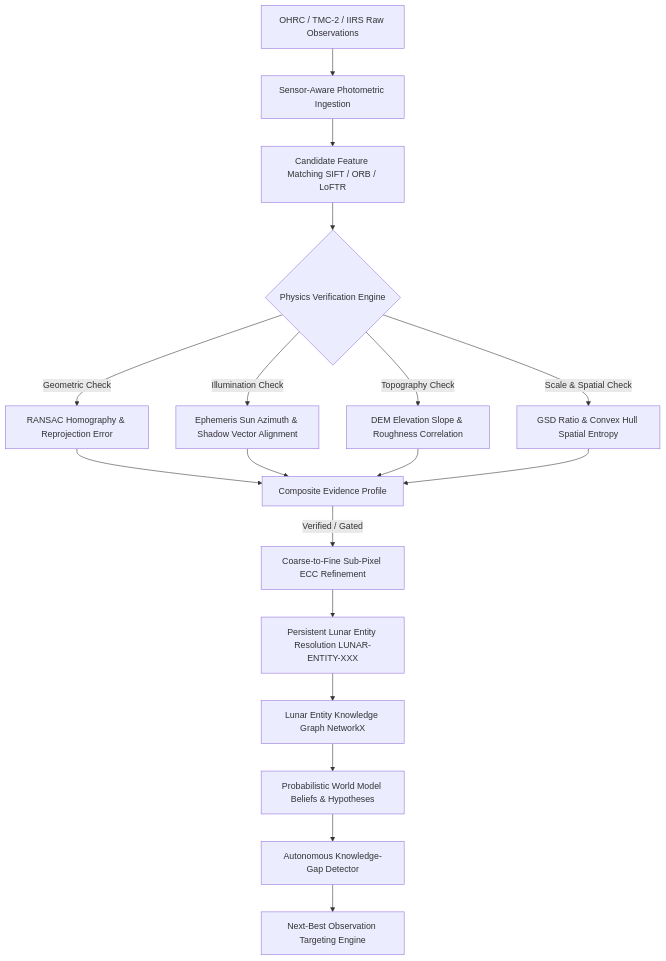
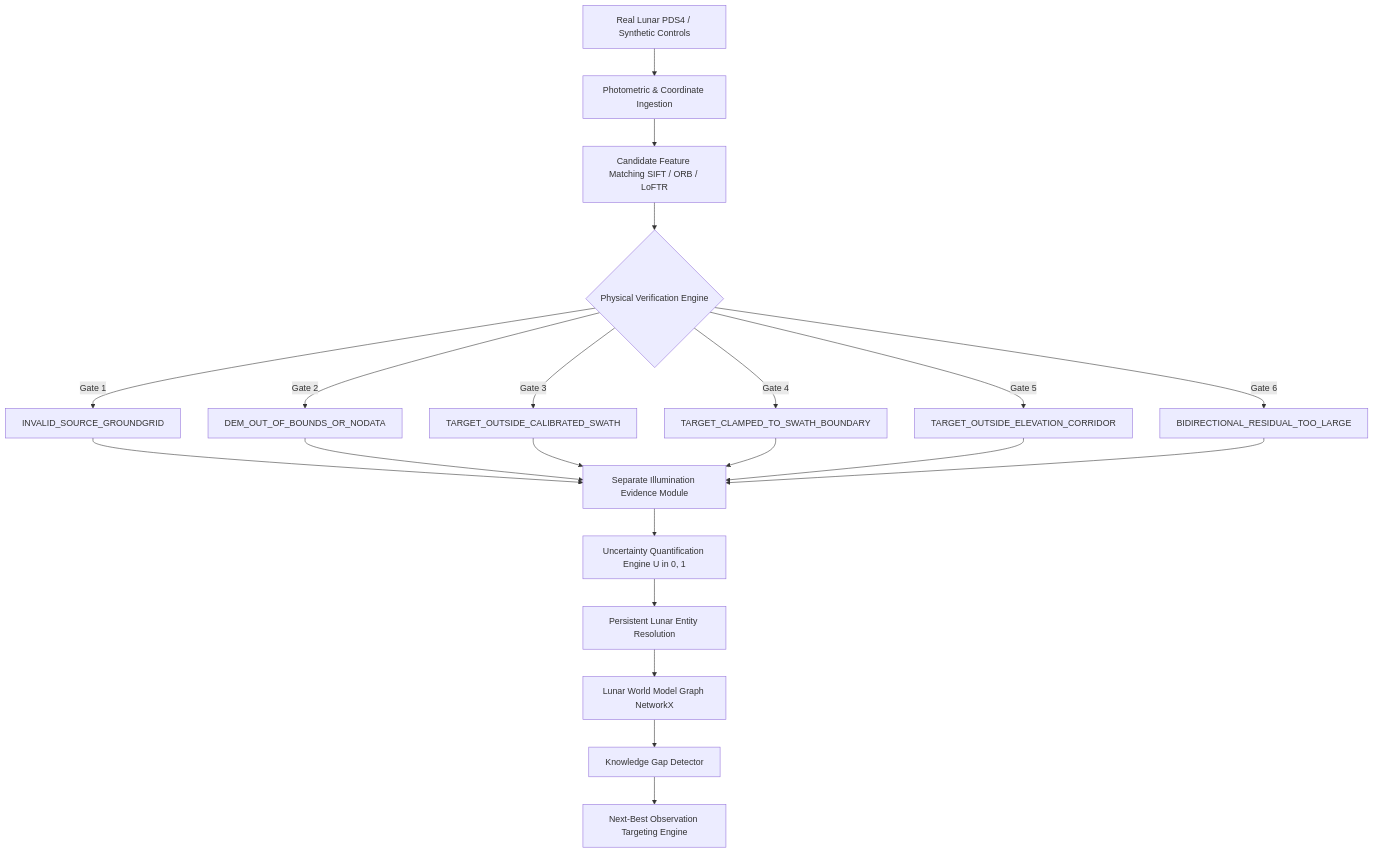
One commit to DEVIPRASATH-student/SIH26166 changed the diagram in README.md. Above: the diagram before and after it, drawn with Mermaid. The commit also changed other lines of this file and 437 other files, not shown here.

Commit message:
feat(lunarsynapse): Phase 8 complete multi-modal lunar world model and verification engine

````diff
--- a/README.md
+++ b/README.md
@@ -34,17 +148,18 @@
 ```mermaid
 graph TD
-    A[OHRC / TMC-2 / IIRS Raw Observations] --> B[Sensor-Aware Photometric Ingestion]
+    A[Real Lunar PDS4 / Synthetic Controls] --> B[Photometric & Coordinate Ingestion]
     B --> C[Candidate Feature Matching SIFT / ORB / LoFTR]
-    C --> D{Physics Verification Engine}
-    D -->|Geometric Check| E1[RANSAC Homography & Reprojection Error]
-    D -->|Illumination Check| E2[Ephemeris Sun Azimuth & Shadow Vector Alignment]
-    D -->|Topography Check| E3[DEM Elevation Slope & Roughness Correlation]
-    D -->|Scale & Spatial Check| E4[GSD Ratio & Convex Hull Spatial Entropy]
-    E1 & E2 & E3 & E4 --> F[Composite Evidence Profile]
-    F -->|Verified / Gated| G[Coarse-to-Fine Sub-Pixel ECC Refinement]
-    G --> H[Persistent Lunar Entity Resolution LUNAR-ENTITY-XXX]
-    H --> I[Lunar Entity Knowledge Graph NetworkX]
-    I --> J[Probabilistic World Model Beliefs & Hypotheses]
-    J --> K[Autonomous Knowledge-Gap Detector]
-    K --> L[Next-Best Observation Targeting Engine]
+    C --> D{Physical Verification Engine}
+    D -->|Gate 1| G1[INVALID_SOURCE_GROUNDGRID]
+    D -->|Gate 2| G2[DEM_OUT_OF_BOUNDS_OR_NODATA]
+    D -->|Gate 3| G3[TARGET_OUTSIDE_CALIBRATED_SWATH]
+    D -->|Gate 4| G4[TARGET_CLAMPED_TO_SWATH_BOUNDARY]
+    D -->|Gate 5| G5[TARGET_OUTSIDE_ELEVATION_CORRIDOR]
+    D -->|Gate 6| G6[BIDIRECTIONAL_RESIDUAL_TOO_LARGE]
+    G1 & G2 & G3 & G4 & G5 & G6 --> E[Separate Illumination Evidence Module]
+    E --> F[Uncertainty Quantification Engine U in 0, 1]
+    F --> H[Persistent Lunar Entity Resolution]
+    H --> I[Lunar World Model Graph NetworkX]
+    I --> J[Knowledge Gap Detector]
+    J --> K[Next-Best Observation Targeting Engine]
 ```
````
